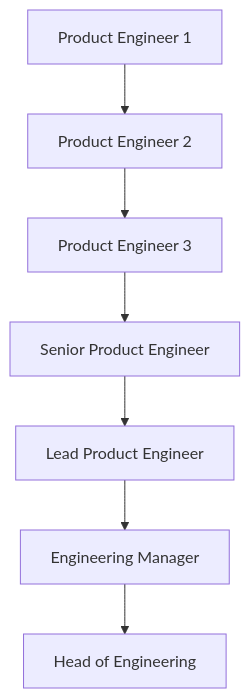
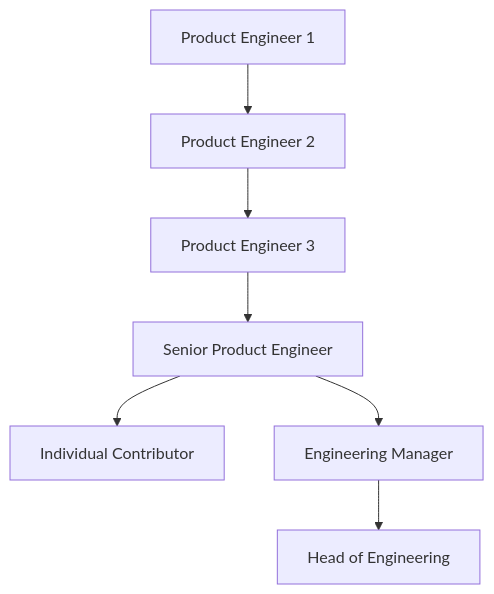
One commit to zero-one-group/welcome-entry-level changed the diagram in README.md. Above: the diagram before and after it, drawn with Mermaid. The commit also changed other lines of this file, not shown here.

````diff
--- a/README.md
+++ b/README.md
@@ -105,9 +105,9 @@
 ```mermaid
 graph TD
     A[Product Engineer 1] --> B[Product Engineer 2]
     B[Product Engineer 2] --> C[Product Engineer 3]
     C[Product Engineer 3] --> D[Senior Product Engineer]
-    D[Senior Product Engineer] --> E[Lead Product Engineer]
-    E[Lead Product Engineer] --> F[Engineering Manager]
+    D[Senior Product Engineer] --> E[Individual Contributor]
+    D[Senior Product Engineer] --> F[Engineering Manager]
     F[Engineering Manager] --> G[Head of Engineering]
 ```
````
